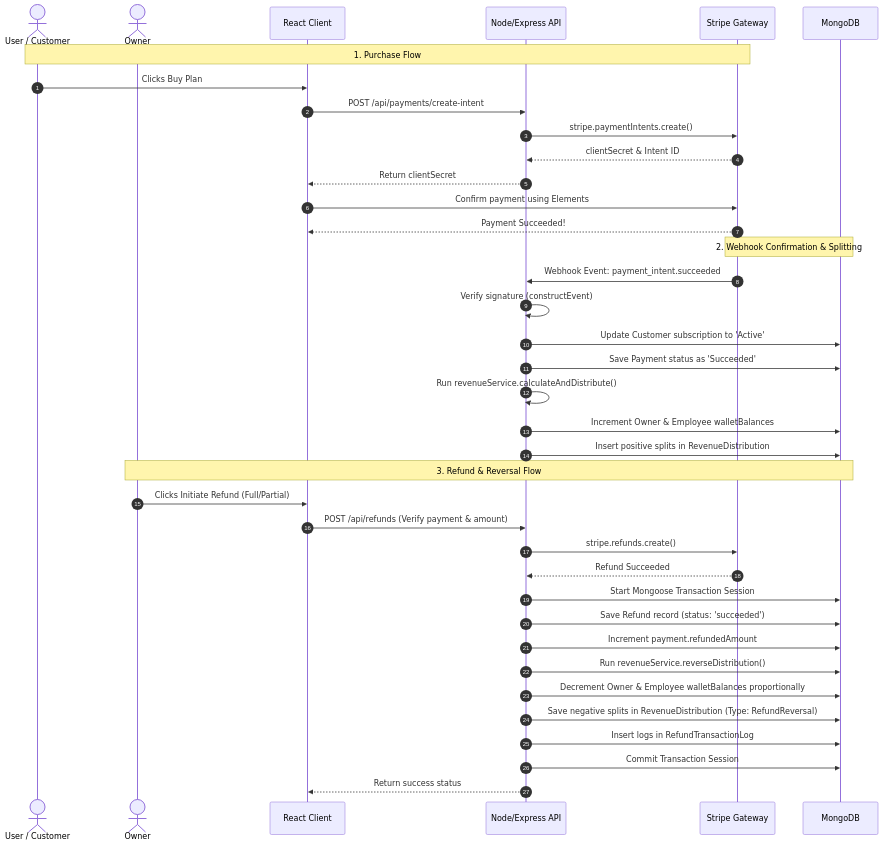
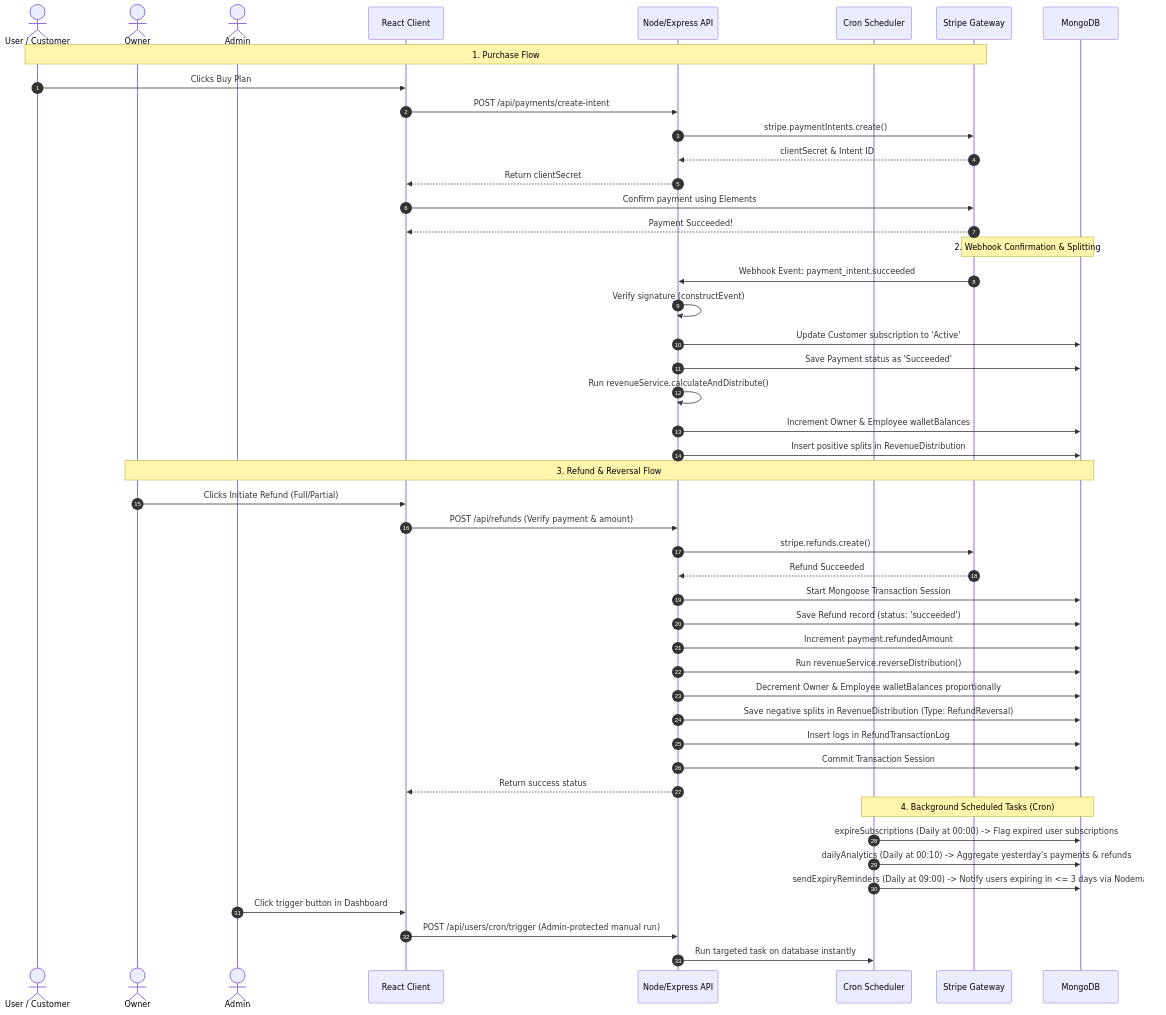
The diagram in PROJECT_ARCHITECTURE.md (daksh7064mca25-hub/Plans-And-Stripe-Management-System-), drawn with Mermaid before and after one commit. The commit also changed other lines of this file, not shown here.

Commit message:
docs: update project architecture md with cron jobs and responsiveness details

````diff
--- a/PROJECT_ARCHITECTURE.md
+++ b/PROJECT_ARCHITECTURE.md
@@ -23,43 +22,53 @@
 ```mermaid
 sequenceDiagram
     autonumber
     actor Customer as User / Customer
     actor Owner as Owner
+    actor Admin as Admin
     participant Frontend as React Client
     participant Express as Node/Express API
+    participant Cron as Cron Scheduler
     participant Stripe as Stripe Gateway
     participant DB as MongoDB
 
     Note over Customer, Stripe: 1. Purchase Flow
     Customer->>Frontend: Clicks Buy Plan
     Frontend->>Express: POST /api/payments/create-intent
     Express->>Stripe: stripe.paymentIntents.create()
     Stripe-->>Express: clientSecret & Intent ID
     Express-->>Frontend: Return clientSecret
     Frontend->>Stripe: Confirm payment using Elements
     Stripe-->>Frontend: Payment Succeeded!
     
     Note over Stripe, DB: 2. Webhook Confirmation & Splitting
     Stripe->>Express: Webhook Event: payment_intent.succeeded
     Express->>Express: Verify signature (constructEvent)
     Express->>DB: Update Customer subscription to 'Active'
     Express->>DB: Save Payment status as 'Succeeded'
     Express->>Express: Run revenueService.calculateAndDistribute()
     Express->>DB: Increment Owner & Employee walletBalances
     Express->>DB: Insert positive splits in RevenueDistribution
 
     Note over Owner, DB: 3. Refund & Reversal Flow
     Owner->>Frontend: Clicks Initiate Refund (Full/Partial)
     Frontend->>Express: POST /api/refunds (Verify payment & amount)
     Express->>Stripe: stripe.refunds.create()
     Stripe-->>Express: Refund Succeeded
     Express->>DB: Start Mongoose Transaction Session
     Express->>DB: Save Refund record (status: 'succeeded')
     Express->>DB: Increment payment.refundedAmount
     Express->>DB: Run revenueService.reverseDistribution()
     Express->>DB: Decrement Owner & Employee walletBalances proportionally
     Express->>DB: Save negative splits in RevenueDistribution (Type: RefundReversal)
     Express->>DB: Insert logs in RefundTransactionLog
     Express->>DB: Commit Transaction Session
     Express-->>Frontend: Return success status
+
+    Note over Cron, DB: 4. Background Scheduled Tasks (Cron)
+    Cron->>DB: expireSubscriptions (Daily at 00:00) -> Flag expired user subscriptions
+    Cron->>DB: dailyAnalytics (Daily at 00:10) -> Aggregate yesterday's payments & refunds
+    Cron->>DB: sendExpiryReminders (Daily at 09:00) -> Notify users expiring in <= 3 days via Nodemailer
+    Admin->>Frontend: Click trigger button in Dashboard
+    Frontend->>Express: POST /api/users/cron/trigger (Admin-protected manual run)
+    Express->>Cron: Run targeted task on database instantly
 ```
````
